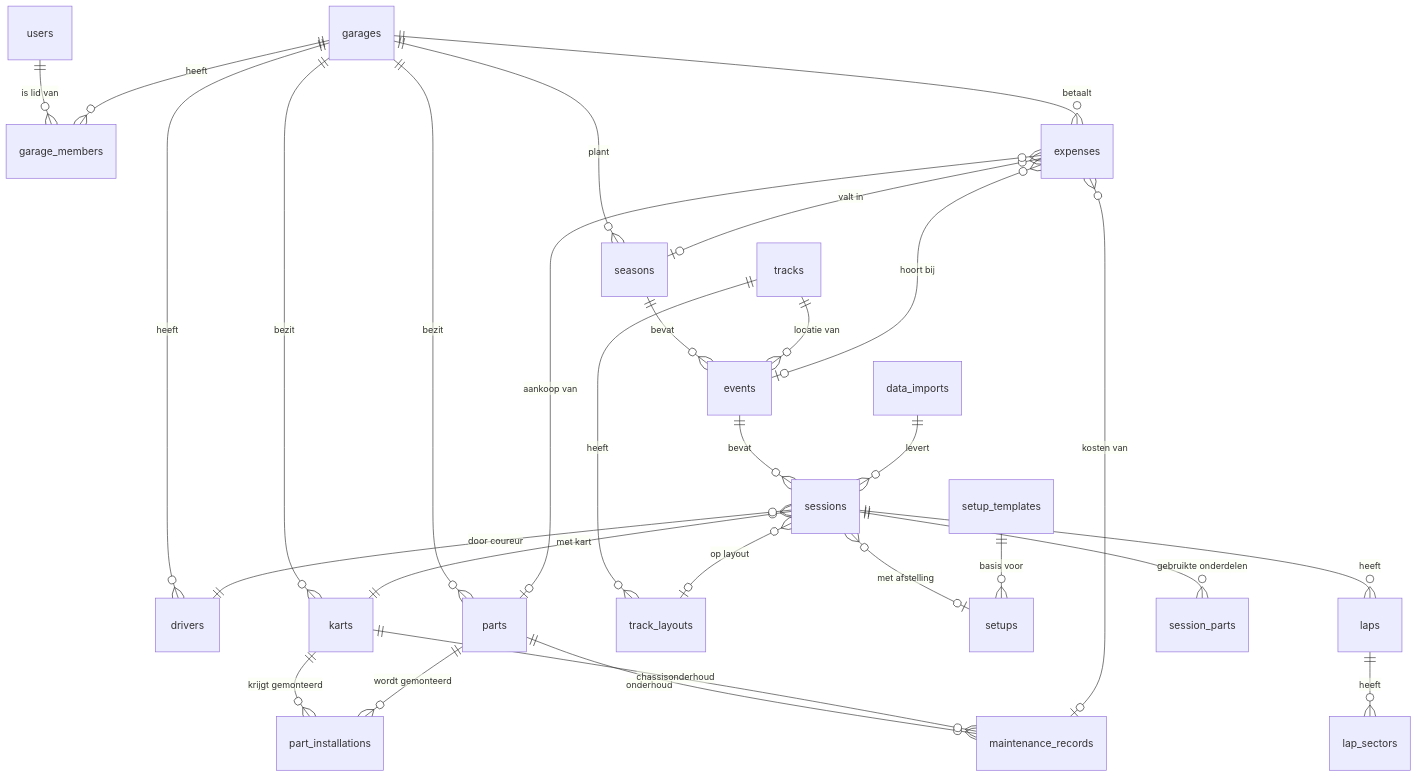
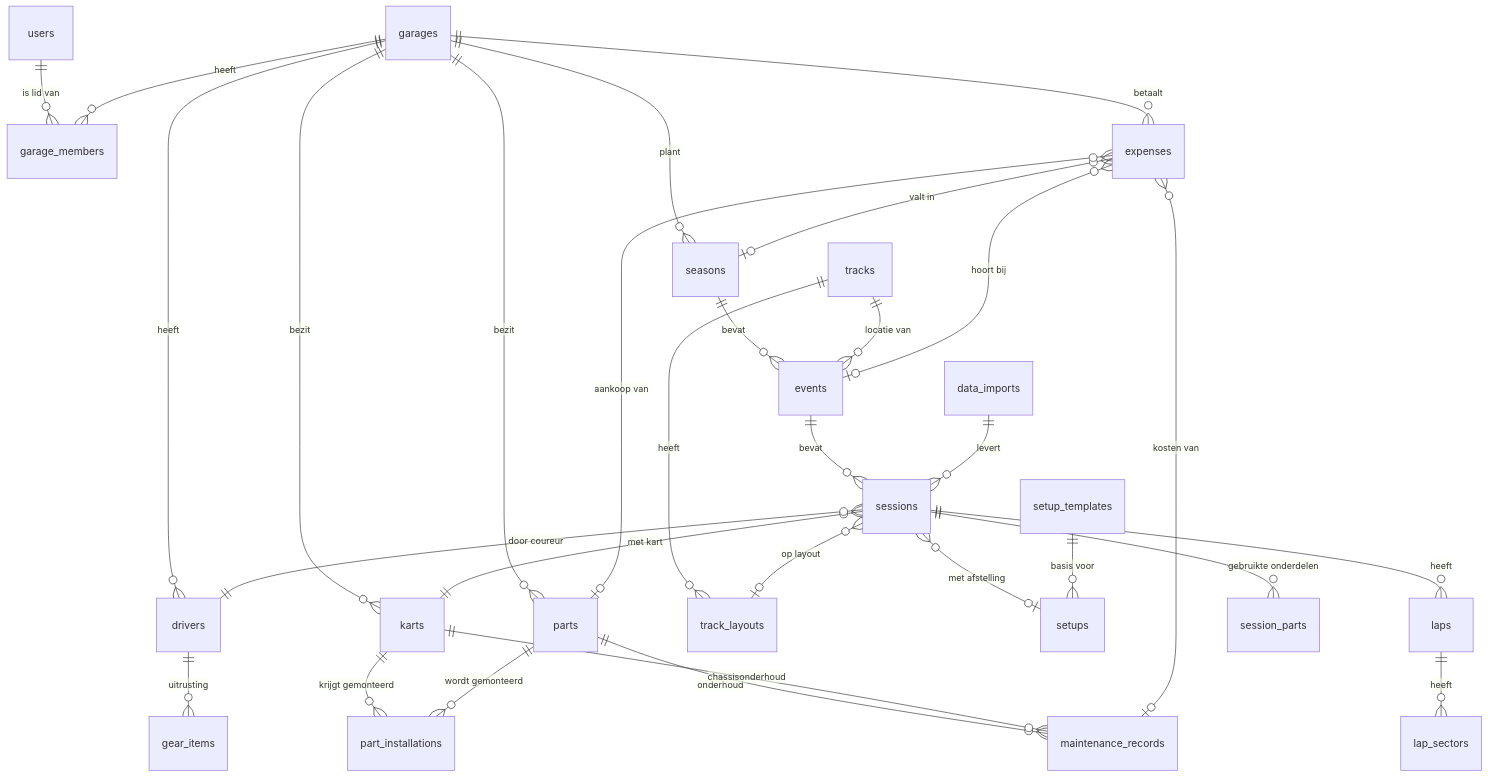
Before and after one commit to VerstegenRon/corsa-iq: the diagram in docs/datamodel.md, drawn with Mermaid. The commit also changed other lines of this file and 17 other files, not shown here.

````diff
--- a/docs/datamodel.md
+++ b/docs/datamodel.md
@@ -18,36 +18,37 @@
 ```mermaid
 erDiagram
     users ||--o{ garage_members : "is lid van"
     garages ||--o{ garage_members : heeft
     garages ||--o{ drivers : heeft
     garages ||--o{ karts : bezit
     garages ||--o{ parts : bezit
     garages ||--o{ seasons : plant
     garages ||--o{ expenses : betaalt
 
     karts ||--o{ part_installations : "krijgt gemonteerd"
     parts ||--o{ part_installations : "wordt gemonteerd"
     parts ||--o{ maintenance_records : "onderhoud"
     karts ||--o{ maintenance_records : "chassisonderhoud"
+    drivers ||--o{ gear_items : "uitrusting"
 
     seasons ||--o{ events : bevat
     tracks ||--o{ events : "locatie van"
     tracks ||--o{ track_layouts : heeft
     events ||--o{ sessions : bevat
 
     sessions }o--|| karts : "met kart"
     sessions }o--|| drivers : "door coureur"
     sessions }o--o| setups : "met afstelling"
     sessions }o--o| track_layouts : "op layout"
     sessions ||--o{ laps : heeft
     sessions ||--o{ session_parts : "gebruikte onderdelen"
     laps ||--o{ lap_sectors : heeft
 
     data_imports ||--o{ sessions : levert
     setup_templates ||--o{ setups : "basis voor"
 
     expenses }o--o| seasons : "valt in"
     expenses }o--o| events : "hoort bij"
     expenses }o--o| parts : "aankoop van"
     expenses }o--o| maintenance_records : "kosten van"
 ```
````
